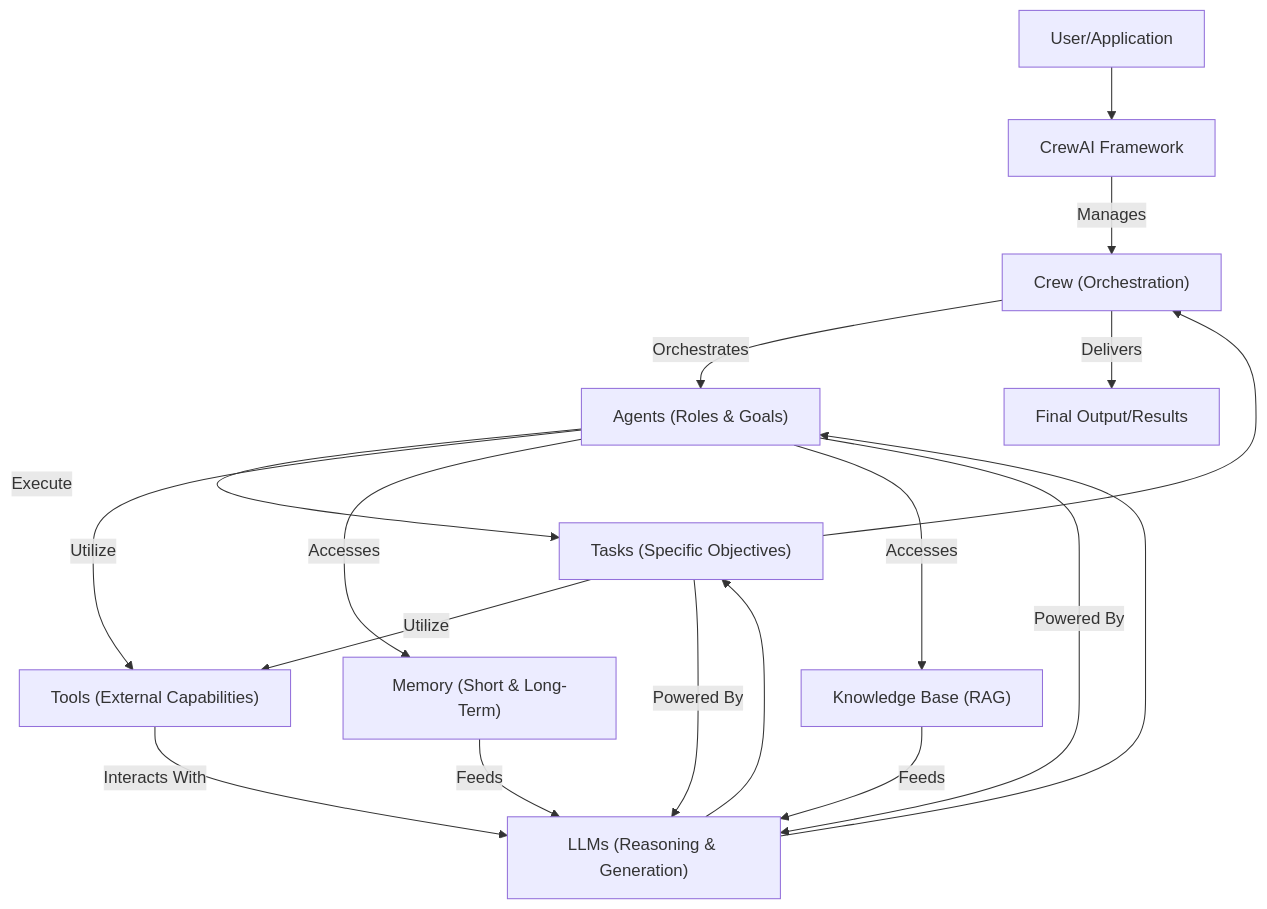
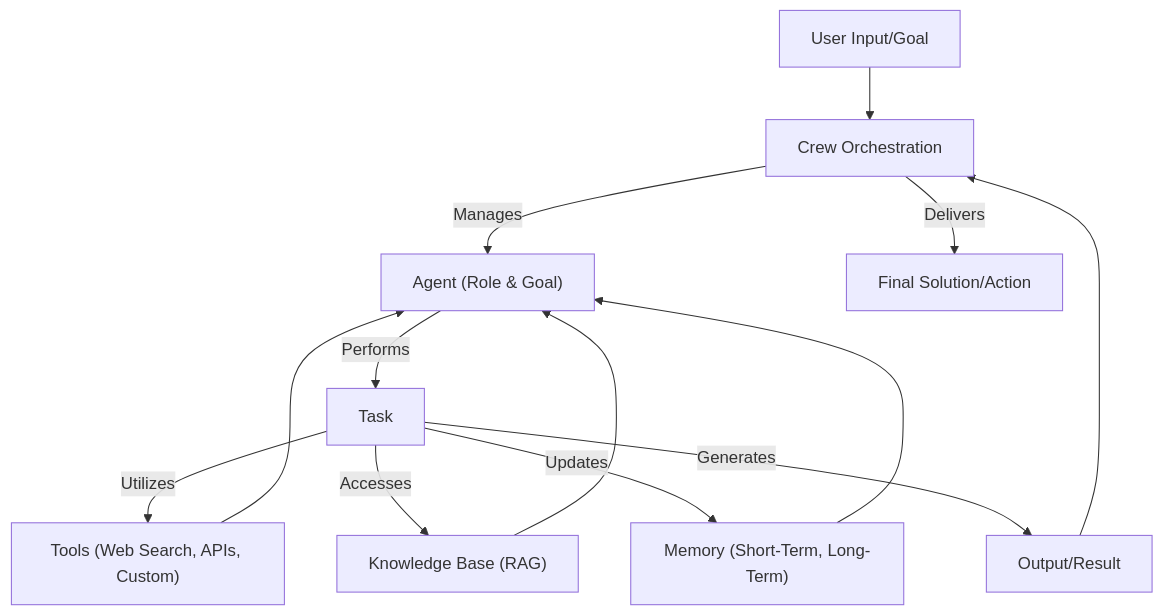
The diagram in README.md (grewal16/crewAI), drawn with Mermaid before and after one commit. The commit also changed other lines of this file, not shown here.

````diff
--- a/README.md
+++ b/README.md
@@ -42,28 +34,15 @@
 ```mermaid
 graph TD
-    A["User/Application"] --> B["CrewAI Framework"];
-
-    B -- Manages --> C["Crew (Orchestration)"];
-
-    C -- Orchestrates --> D["Agents (Roles & Goals)"];
-
-    D -- Execute --> E["Tasks (Specific Objectives)"];
-
-    E -- Utilize --> F["Tools (External Capabilities)"];
-    D -- Utilize --> F;
-
-    D -- Accesses --> G["Memory (Short & Long-Term)"];
-    D -- Accesses --> H["Knowledge Base (RAG)"];
-
-    D -- Powered By --> I["LLMs (Reasoning & Generation)"];
-    E -- Powered By --> I;
-    F -- Interacts With --> I;
-    G -- Feeds --> I;
-    H -- Feeds --> I;
-
-    I --> D;
-    I --> E;
-
+    A["User Input/Goal"] --> B["Crew Orchestration"];
+    B -- Manages --> C["Agent (Role & Goal)"];
+    C -- Performs --> D["Task"];
+    D -- Utilizes --> E["Tools (Web Search, APIs, Custom)"];
+    D -- Accesses --> F["Knowledge Base (RAG)"];
+    D -- Updates --> G["Memory (Short-Term, Long-Term)"];
     E --> C;
-    C -- Delivers --> J["Final Output/Results"];
+    F --> C;
+    G --> C;
+    D -- Generates --> H["Output/Result"];
+    H --> B;
+    B -- Delivers --> I["Final Solution/Action"];
 ```
````
